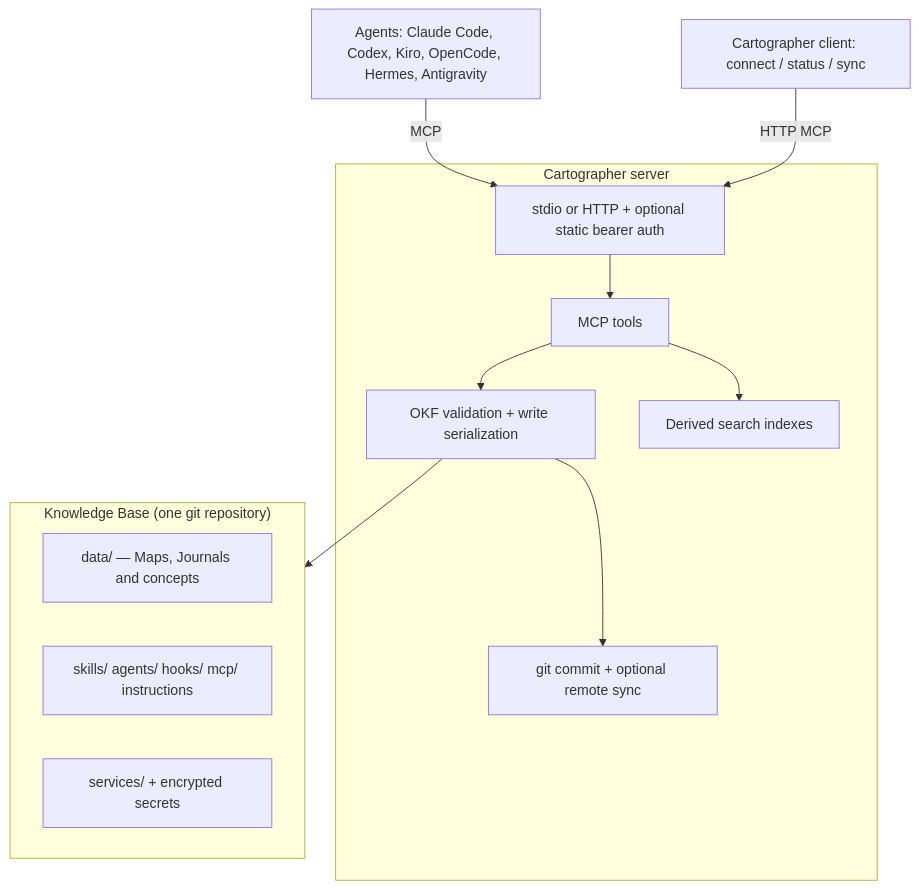
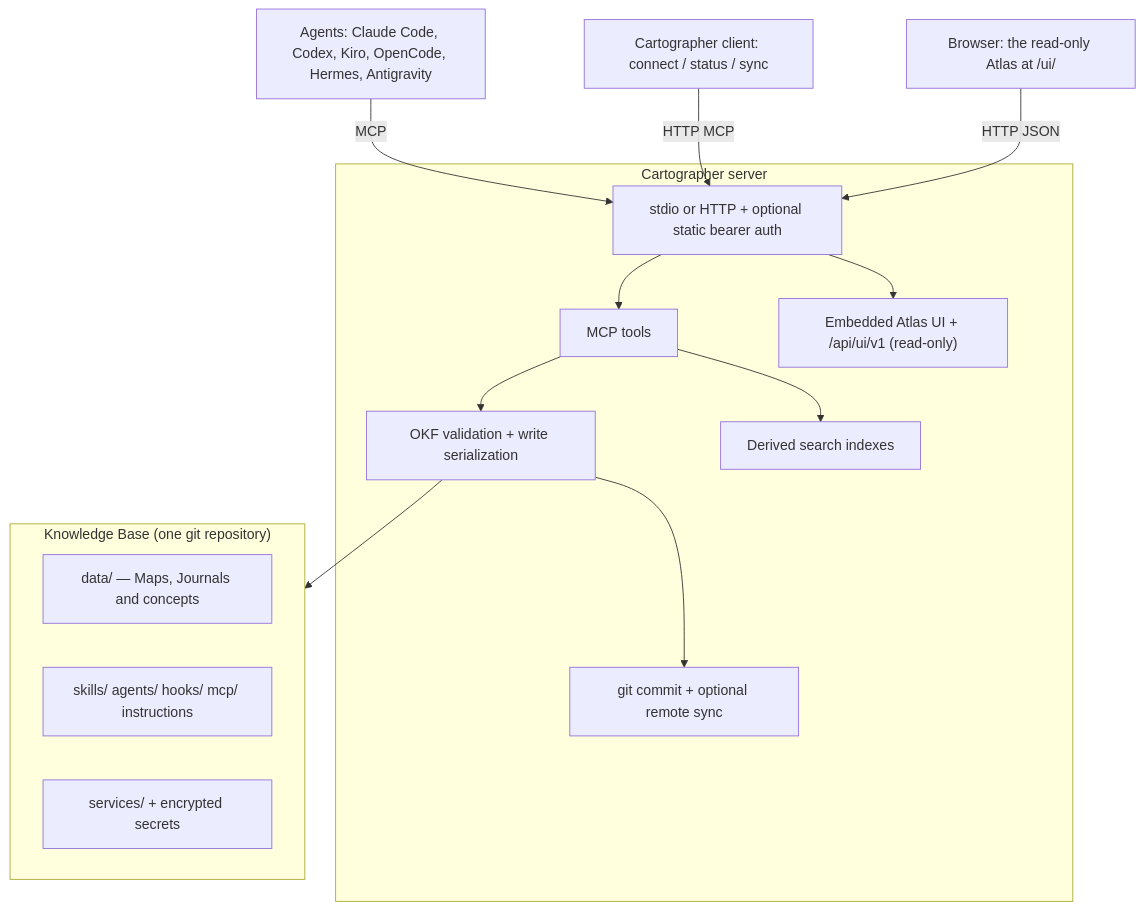
One commit to BeppeTemp/cartographer changed the diagram in docs/overview.md. Above: the diagram before and after it, drawn with Mermaid. The commit also changed 88 other files, not shown here.

First line of the commit message:
feat(web): the embedded read-only Atlas UI (D227) (#323)

````diff
--- a/docs/overview.md
+++ b/docs/overview.md
@@ -48,25 +48,28 @@
 ```mermaid
 flowchart TB
     A["Agents: Claude Code, Codex, Kiro, OpenCode, Hermes, Antigravity"]
     C["Cartographer client: connect / status / sync"]
+    B["Browser: the read-only Atlas at /ui/"]
 
     subgraph S["Cartographer server"]
         T["stdio or HTTP + optional static bearer auth"]
         M["MCP tools"]
+        W["Embedded Atlas UI + /api/ui/v1 (read-only)"]
         V["OKF validation + write serialization"]
         I["Derived search indexes"]
         G["git commit + optional remote sync"]
     end
 
     subgraph K["Knowledge Base (one git repository)"]
         D["data/ — Maps, Journals and concepts"]
         P["skills/ agents/ hooks/ mcp/ instructions"]
         X["services/ + encrypted secrets"]
     end
 
     A -->|MCP| T --> M
     C -->|HTTP MCP| T
+    B -->|HTTP JSON| T --> W
     M --> V --> K
     M --> I
     V --> G
 ```
````
